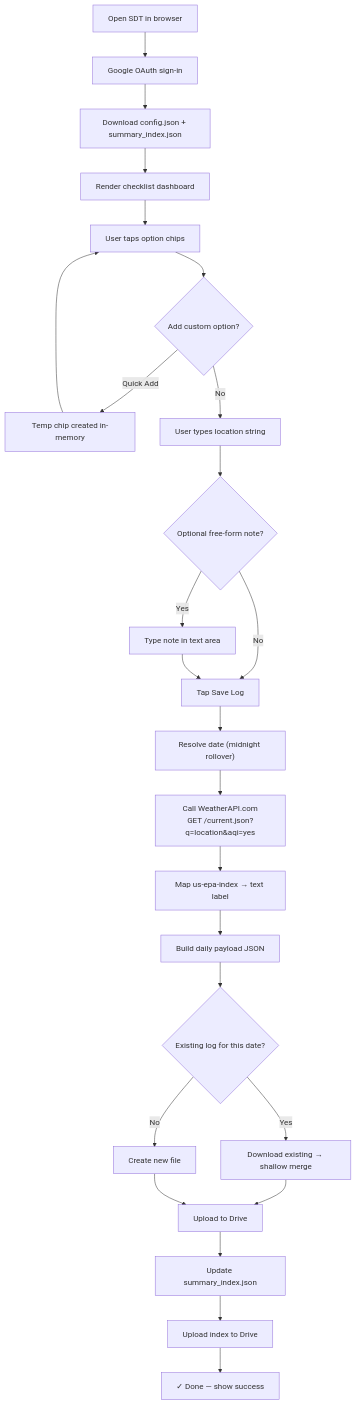
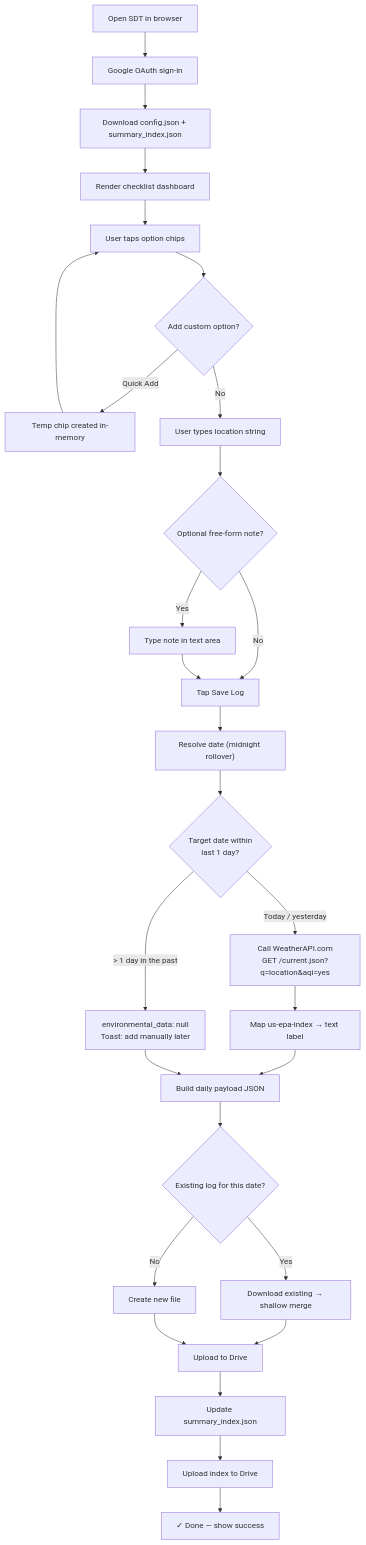
Before and after one commit to Strider221B/silent-dynamic-tracker: diagram 15 of 15 in documentation/design/high_level/001_high_level_design.md, drawn with Mermaid. The commit also changed other lines of this file, not shown here.

````diff
--- a/documentation/design/high_level/001_high_level_design.md
+++ b/documentation/design/high_level/001_high_level_design.md
@@ -502,32 +564,38 @@
 ```mermaid
 flowchart TD
     A["Open SDT in browser"] --> B["Google OAuth sign-in"]
     B --> C["Download config.json + summary_index.json"]
     C --> D["Render checklist dashboard"]
 
     D --> E["User taps option chips"]
     E --> F{"Add custom option?"}
     F -->|"Quick Add"| G["Temp chip created in-memory"]
     G --> E
     F -->|No| H["User types location string"]
 
     H --> I{"Optional free-form note?"}
     I -->|Yes| J["Type note in text area"]
     I -->|No| K["Tap Save Log"]
     J --> K
 
     K --> L["Resolve date (midnight rollover)"]
-    L --> M["Call WeatherAPI.com<br/>GET /current.json?q=location&aqi=yes"]
+    L --> DATE{"Target date within<br/>last 1 day?"}
+
+    DATE -->|"Today / yesterday"| M["Call WeatherAPI.com<br/>GET /current.json?q=location&aqi=yes"]
     M --> N["Map us-epa-index → text label"]
     N --> O["Build daily payload JSON"]
+
+    DATE -->|"> 1 day in the past"| SKIP["environmental_data: null<br/>Toast: add manually later"]
+    SKIP --> O
+
     O --> P{"Existing log for this date?"}
 
     P -->|Yes| Q["Download existing → shallow merge"]
     P -->|No| R["Create new file"]
     Q --> S["Upload to Drive"]
     R --> S
 
     S --> T["Update summary_index.json"]
     T --> U["Upload index to Drive"]
     U --> V["✓ Done — show success"]
 ```
````
